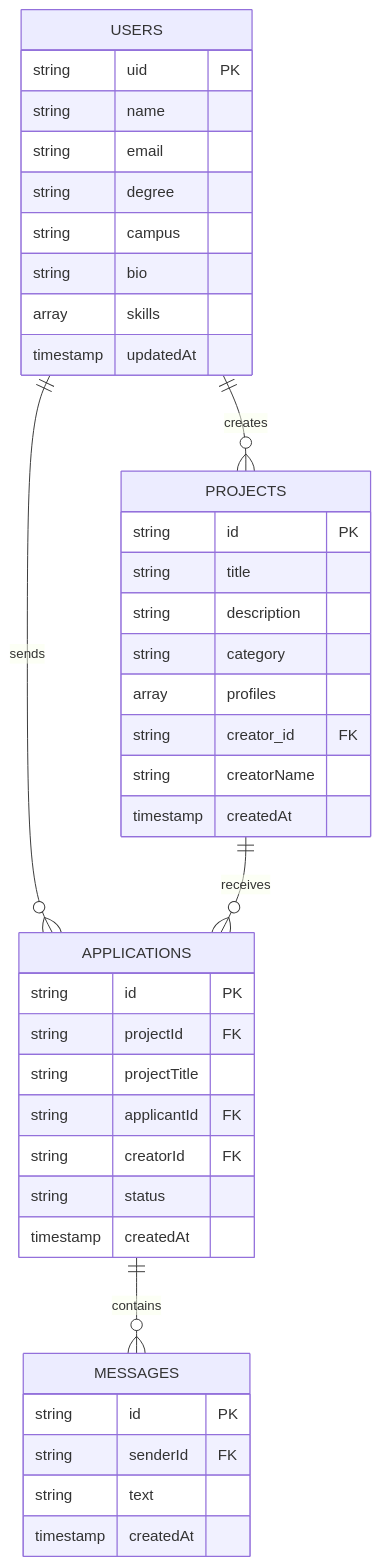
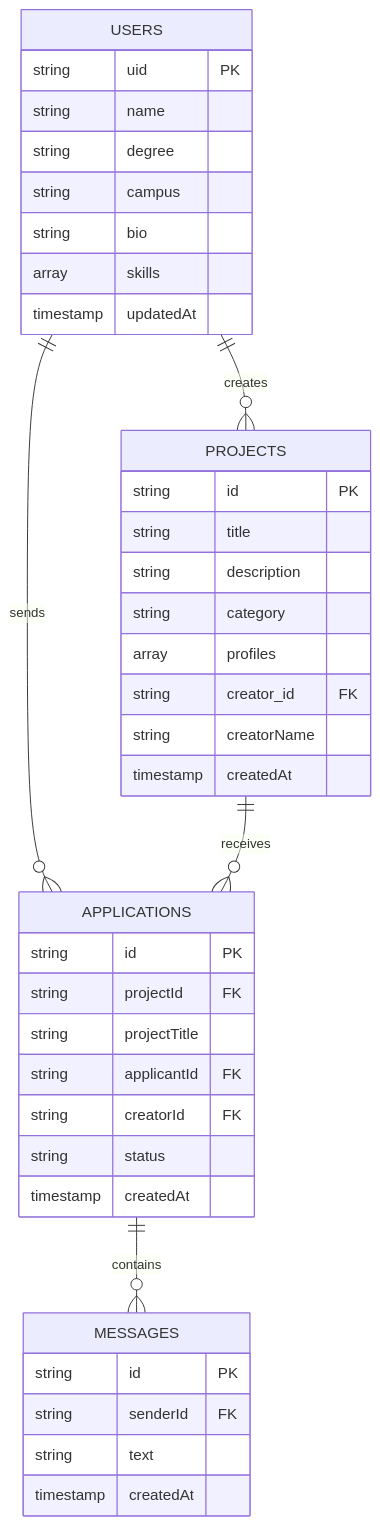
One commit to markusx5622/CoFound-UE changed the second of 2 diagrams in README.en.md. Above: the diagram before and after it, drawn with Mermaid. The commit also changed other lines of this file and 8 other files, not shown here.

````diff
--- a/README.en.md
+++ b/README.en.md
@@ -328,46 +334,45 @@
 ```mermaid
 erDiagram
     USERS ||--o{ PROJECTS : "creates"
     USERS ||--o{ APPLICATIONS : "sends"
     PROJECTS ||--o{ APPLICATIONS : "receives"
     APPLICATIONS ||--o{ MESSAGES : "contains"
 
     USERS {
         string uid PK
         string name
-        string email
         string degree
         string campus
         string bio
         array skills
         timestamp updatedAt
     }
 
     PROJECTS {
         string id PK
         string title
         string description
         string category
         array profiles
         string creator_id FK
         string creatorName
         timestamp createdAt
     }
 
     APPLICATIONS {
         string id PK
         string projectId FK
         string projectTitle
         string applicantId FK
         string creatorId FK
         string status
         timestamp createdAt
     }
 
     MESSAGES {
         string id PK
         string senderId FK
         string text
         timestamp createdAt
     }
 ```
````
